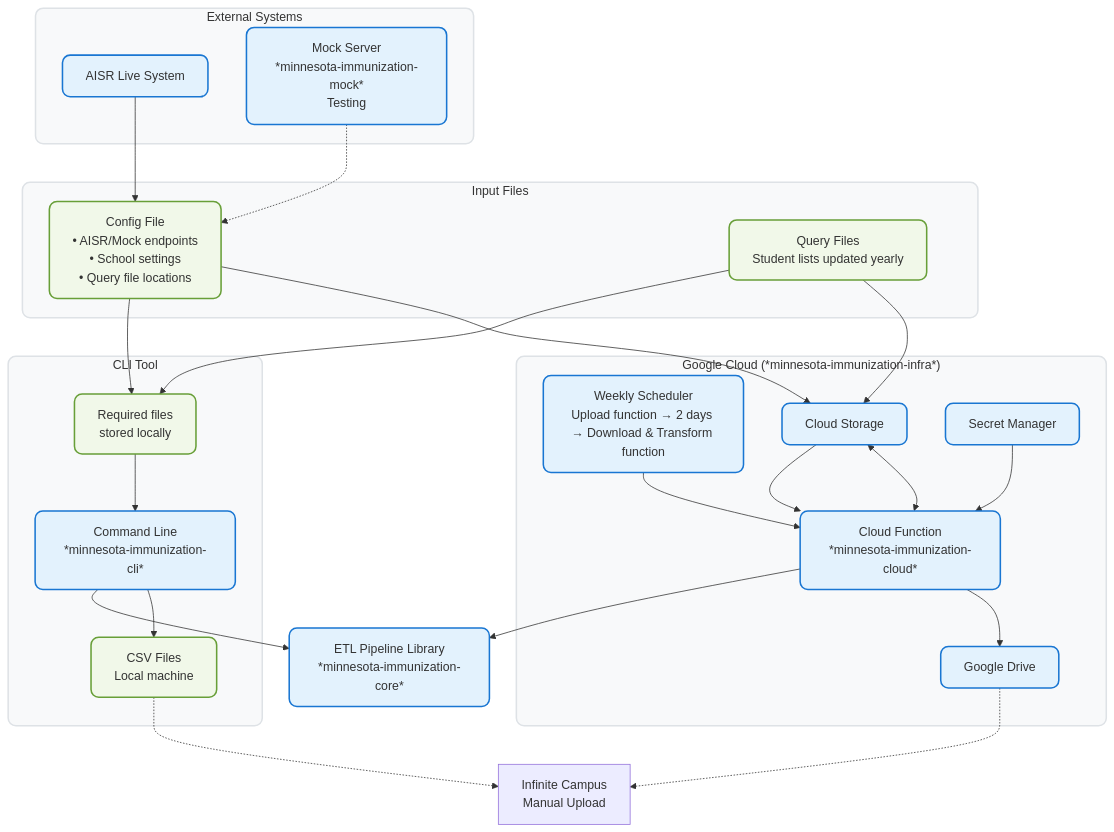
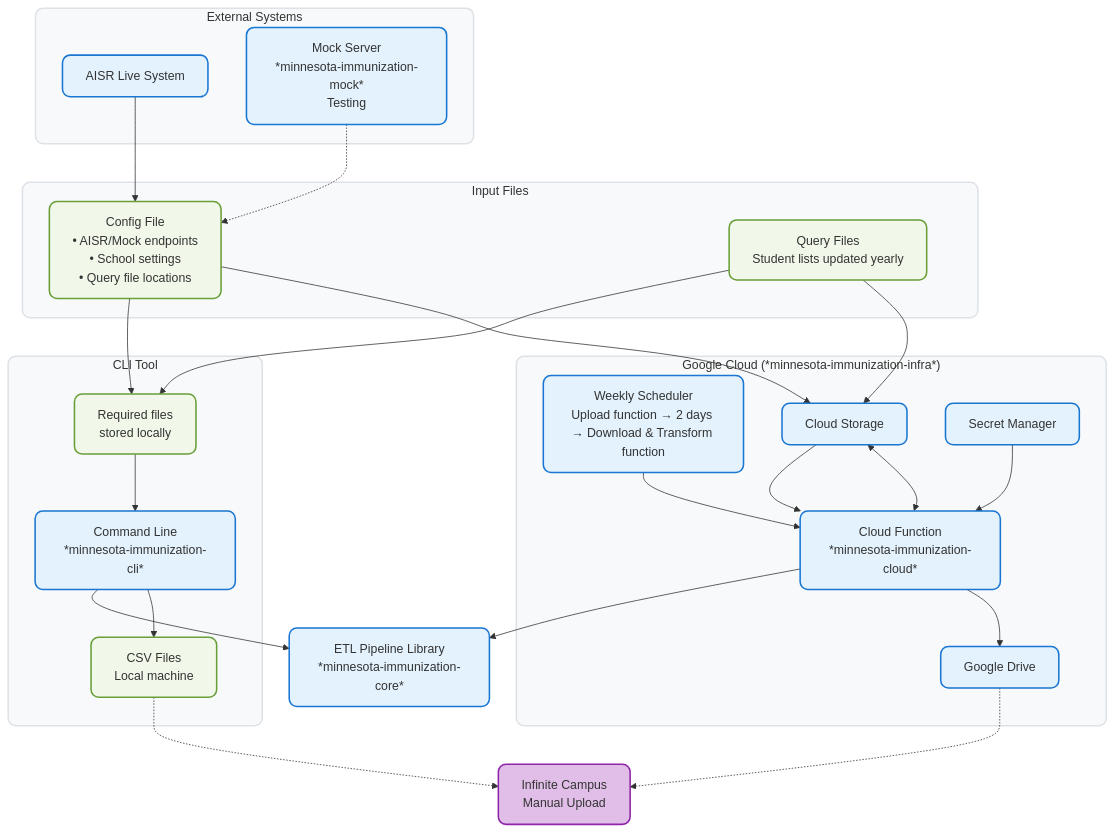
Before and after one commit to DillonOLeary/immunization-records-pipeline: the diagram in README.md, drawn with Mermaid. The commit also changed other lines of this file, not shown here.

````diff
--- a/README.md
+++ b/README.md
@@ -17,75 +17,78 @@
 ```mermaid
 graph TB
     subgraph ext ["External Systems"]
         AISR[AISR Live System]
         Mock[Mock Server<br/>*minnesota-immunization-mock*<br/>Testing]
     end
     
     subgraph input ["Input Files"]
         Config[Config File<br/>• AISR/Mock endpoints<br/>• School settings<br/>• Query file locations]
         Query[Query Files<br/>Student lists updated yearly]
     end
     
     Core[ETL Pipeline Library<br/>*minnesota-immunization-core*]
     
     subgraph cli ["CLI Tool"]
         CLI[Command Line<br/>*minnesota-immunization-cli*]
         LocalConfig[Required files<br/>stored locally]
         LocalCSV[CSV Files<br/>Local machine]
     end
     
     subgraph cloud ["Google Cloud (*minnesota-immunization-infra*)"]
         CloudFn[Cloud Function<br/>*minnesota-immunization-cloud*]
         Scheduler[Weekly Scheduler<br/>Upload function → 2 days → Download & Transform function]
         GCS[Cloud Storage]
         Secrets[Secret Manager]
         Drive[Google Drive]
     end
     
     AISR --> Config
     Mock -.-> Config
     
     Config --> LocalConfig
     Config --> GCS
     Query --> LocalConfig
     Query --> GCS
     
     LocalConfig --> CLI
     CLI --> Core
     GCS --> CloudFn
     CloudFn --> Core
     
     CLI --> LocalCSV
     CloudFn --> Drive
     
     
     Scheduler --> CloudFn
     CloudFn <--> GCS
     Secrets --> CloudFn
     
     LocalCSV -.-> IC[Infinite Campus<br/>Manual Upload]
     Drive -.-> IC
     
     %% Functions/Code/Infrastructure
     style Core fill:#e3f2fd,stroke:#1976d2,stroke-width:2px,rx:10,ry:10
     style CLI fill:#e3f2fd,stroke:#1976d2,stroke-width:2px,rx:10,ry:10
     style CloudFn fill:#e3f2fd,stroke:#1976d2,stroke-width:2px,rx:10,ry:10
     style Mock fill:#e3f2fd,stroke:#1976d2,stroke-width:2px,rx:10,ry:10
     style Scheduler fill:#e3f2fd,stroke:#1976d2,stroke-width:2px,rx:10,ry:10
     style GCS fill:#e3f2fd,stroke:#1976d2,stroke-width:2px,rx:10,ry:10
     style Secrets fill:#e3f2fd,stroke:#1976d2,stroke-width:2px,rx:10,ry:10
     style Drive fill:#e3f2fd,stroke:#1976d2,stroke-width:2px,rx:10,ry:10
     style AISR fill:#e3f2fd,stroke:#1976d2,stroke-width:2px,rx:10,ry:10
     
     %% Data/Files
     style Config fill:#f1f8e9,stroke:#689f38,stroke-width:2px,rx:10,ry:10
     style LocalConfig fill:#f1f8e9,stroke:#689f38,stroke-width:2px,rx:10,ry:10
     style Query fill:#f1f8e9,stroke:#689f38,stroke-width:2px,rx:10,ry:10
     style LocalCSV fill:#f1f8e9,stroke:#689f38,stroke-width:2px,rx:10,ry:10
     
     %% Subgraph backgrounds
     style ext fill:#f8f9fa,stroke:#dee2e6,stroke-width:2px,rx:10,ry:10
     style input fill:#f8f9fa,stroke:#dee2e6,stroke-width:2px,rx:10,ry:10
     style cli fill:#f8f9fa,stroke:#dee2e6,stroke-width:2px,rx:10,ry:10
     style cloud fill:#f8f9fa,stroke:#dee2e6,stroke-width:2px,rx:10,ry:10
+    
+    %% External/Manual elements
+    style IC fill:#e1bee7,stroke:#8e24aa,stroke-width:2px,rx:10,ry:10
 ```
````
